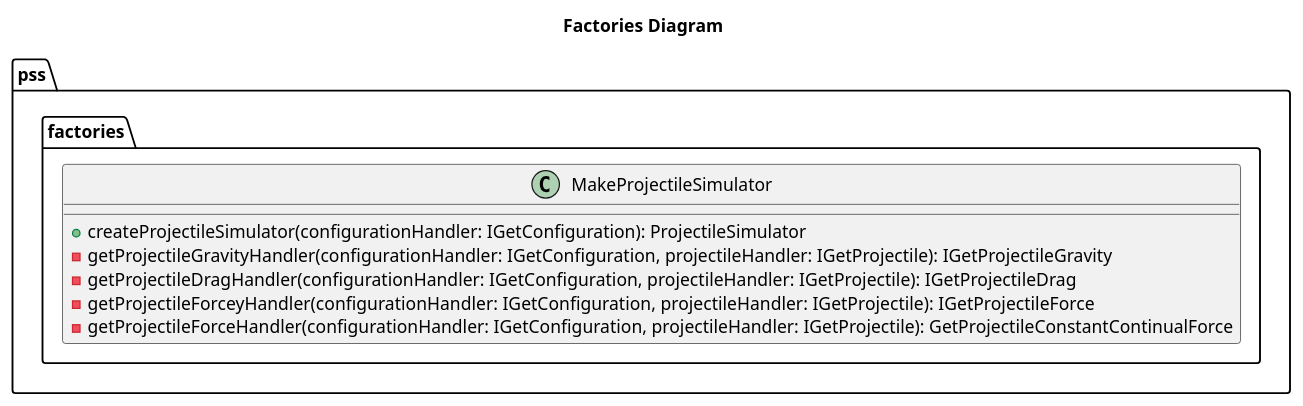
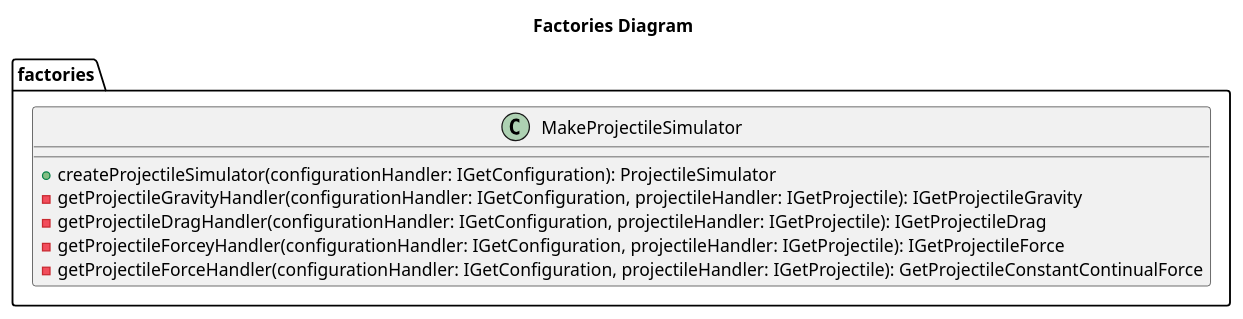
One commit to katanallama/projectile-simulation-suite changed the third of 8 diagrams in docs/res/design.org. Above: the diagram before and after it, drawn with PlantUML. The commit also changed other lines of this file and 5 other files, not shown here.

Commit message:
clean up class diagrams

```diff
--- a/docs/res/design.org
+++ b/docs/res/design.org
@@ -186,16 +186,16 @@
 #+begin_src plantuml :file factories.png
 @startuml
 title Factories Diagram
 
-package pss.factories {
+package factories {
     class "MakeProjectileSimulator" as MakeProjectileSimulator {
         +createProjectileSimulator(configurationHandler: IGetConfiguration): ProjectileSimulator
         -getProjectileGravityHandler(configurationHandler: IGetConfiguration, projectileHandler: IGetProjectile): IGetProjectileGravity
         -getProjectileDragHandler(configurationHandler: IGetConfiguration, projectileHandler: IGetProjectile): IGetProjectileDrag
         -getProjectileForceyHandler(configurationHandler: IGetConfiguration, projectileHandler: IGetProjectile): IGetProjectileForce
         -getProjectileForceHandler(configurationHandler: IGetConfiguration, projectileHandler: IGetProjectile): GetProjectileConstantContinualForce
     }
 }
 
 @enduml
 #+end_src
```
